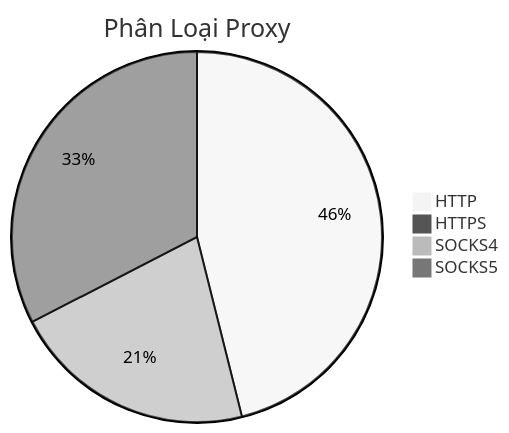
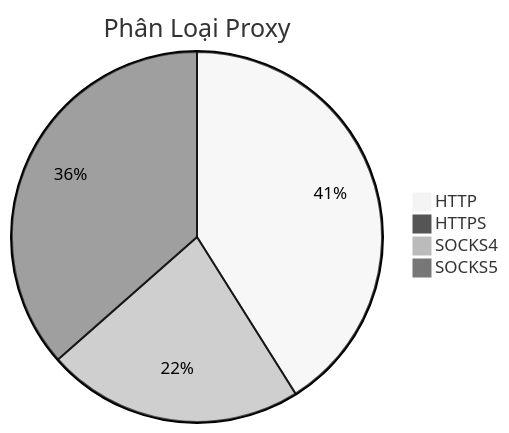
Before and after one commit to Ciara-12/PROXY-free: the diagram in README.md, drawn with Mermaid (neutral theme). The commit also changed other lines of this file and 4 other files, not shown here.

````diff
--- a/README.md
+++ b/README.md
@@ -26,7 +26,7 @@
 ```mermaid
 pie title Phân Loại Proxy
-    "HTTP" : 484
-    "HTTPS" : 2
-    "SOCKS4" : 224
-    "SOCKS5" : 342
+    "HTTP" : 324
+    "HTTPS" : 1
+    "SOCKS4" : 177
+    "SOCKS5" : 288
 ```
````
